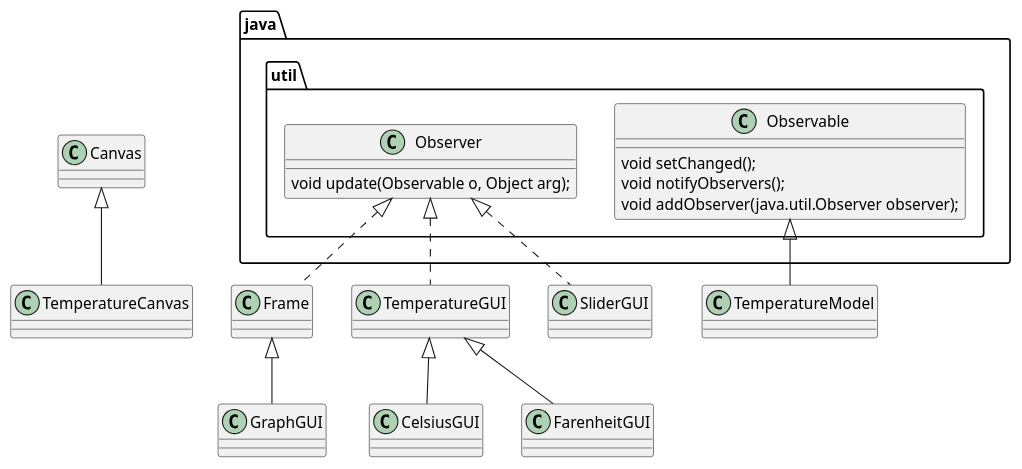
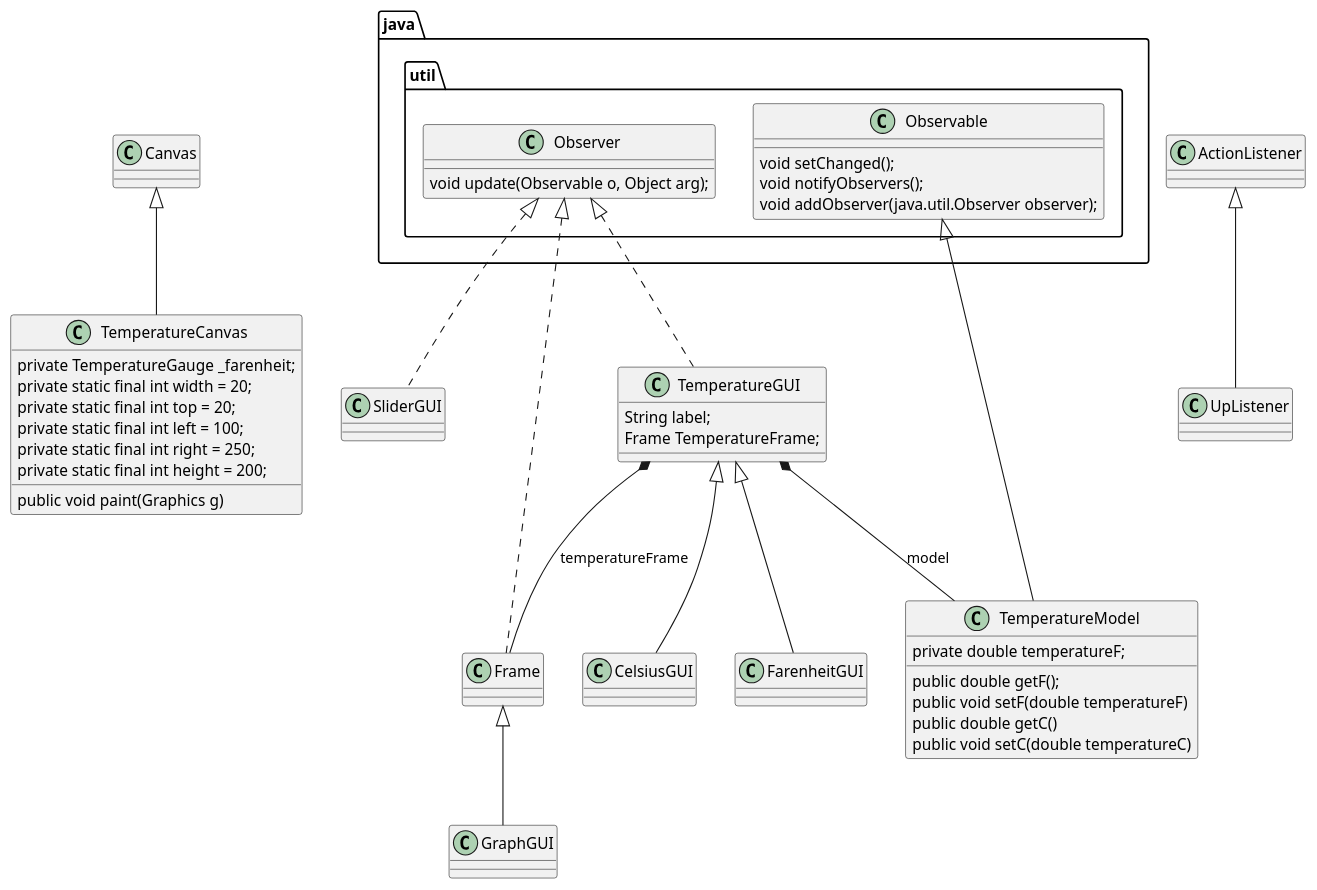
One commit to yvanross/LOG121-GOF-exemples changed the diagram in log121/src/main/java/MVC/Temperature/class.plantuml. Above: the diagram before and after it, drawn with PlantUML. The commit also changed 23 other files, not shown here.

```diff
--- a/log121/src/main/java/MVC/Temperature/class.plantuml
+++ b/log121/src/main/java/MVC/Temperature/class.plantuml
@@ -1,26 +1,54 @@
 @startuml
 
 class java.util.Observer {
      void update(Observable o, Object arg);
 }
 class java.util.Observable {
     void setChanged();
     void notifyObservers();
     void addObserver(java.util.Observer observer);
 }
+class TemperatureGUI{
+    String label;
+    Frame TemperatureFrame;
+}
+
+class TemperatureModel{
+    public double getF();
+    public void setF(double temperatureF)
+    public double getC()
+    public void setC(double temperatureC)
+    private double temperatureF;
+}
+
+Class TemperatureCanvas{
+    private TemperatureGauge _farenheit;
+	private static final int width = 20;
+	private static final int top = 20;
+	private static final int left = 100;
+	private static final int right = 250;
+	private static final int height = 200;
+    public void paint(Graphics g)
+}
+
+TemperatureGUI *-- TemperatureModel: model
+TemperatureGUI *-- Frame: temperatureFrame
+
+UpListener --up|> ActionListener
 
 CelsiusGUI --up|> TemperatureGUI
 FarenheitGUI --up|> TemperatureGUI
 
 GraphGUI --up|> Frame 
  
 TemperatureCanvas --up|> Canvas
 
 TemperatureModel --up|> java.util.Observable
 
 SliderGUI .-up|> java.util.Observer
 TemperatureGUI .-up|> java.util.Observer
 Frame .-up|>  java.util.Observer
 
 
+
 @enduml
```
